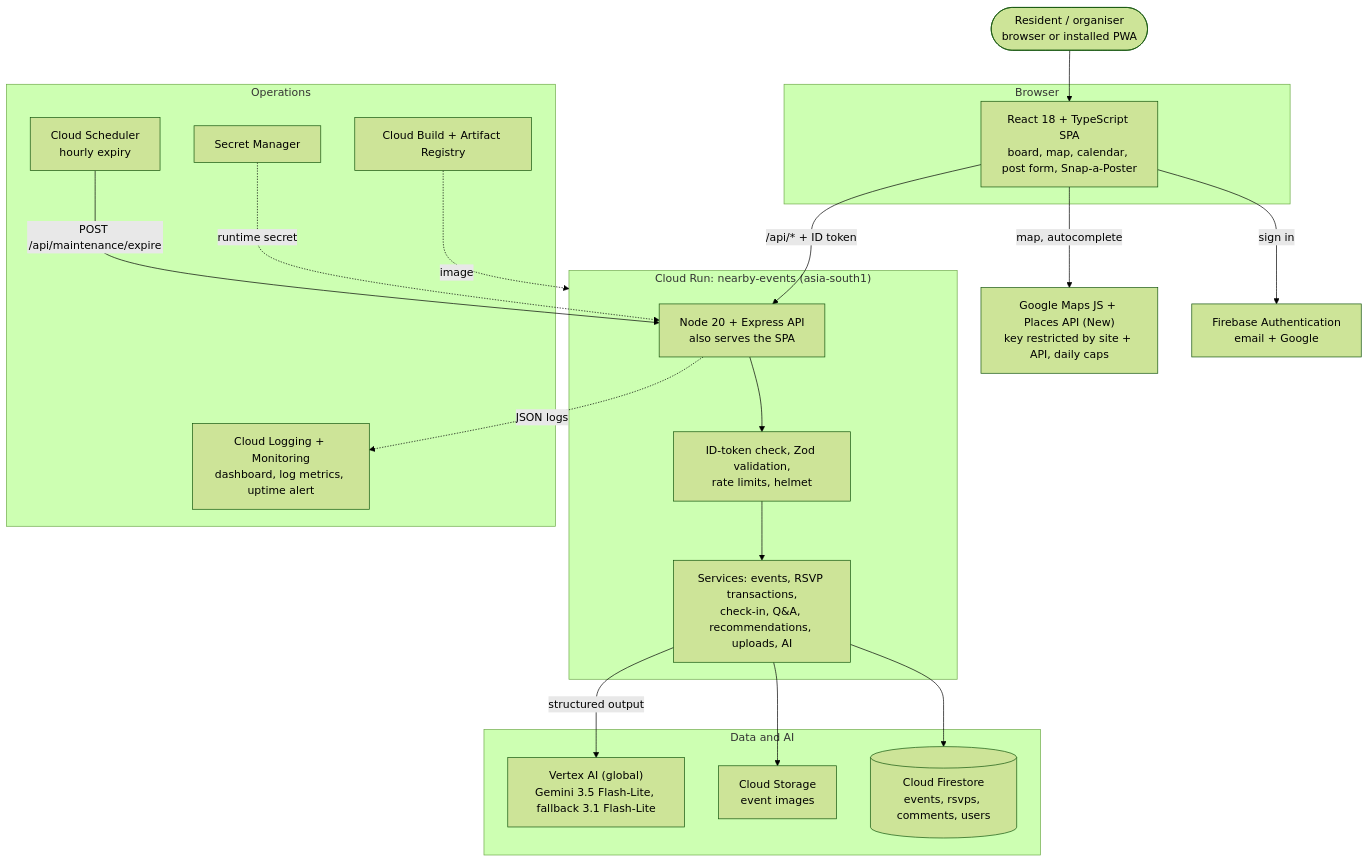
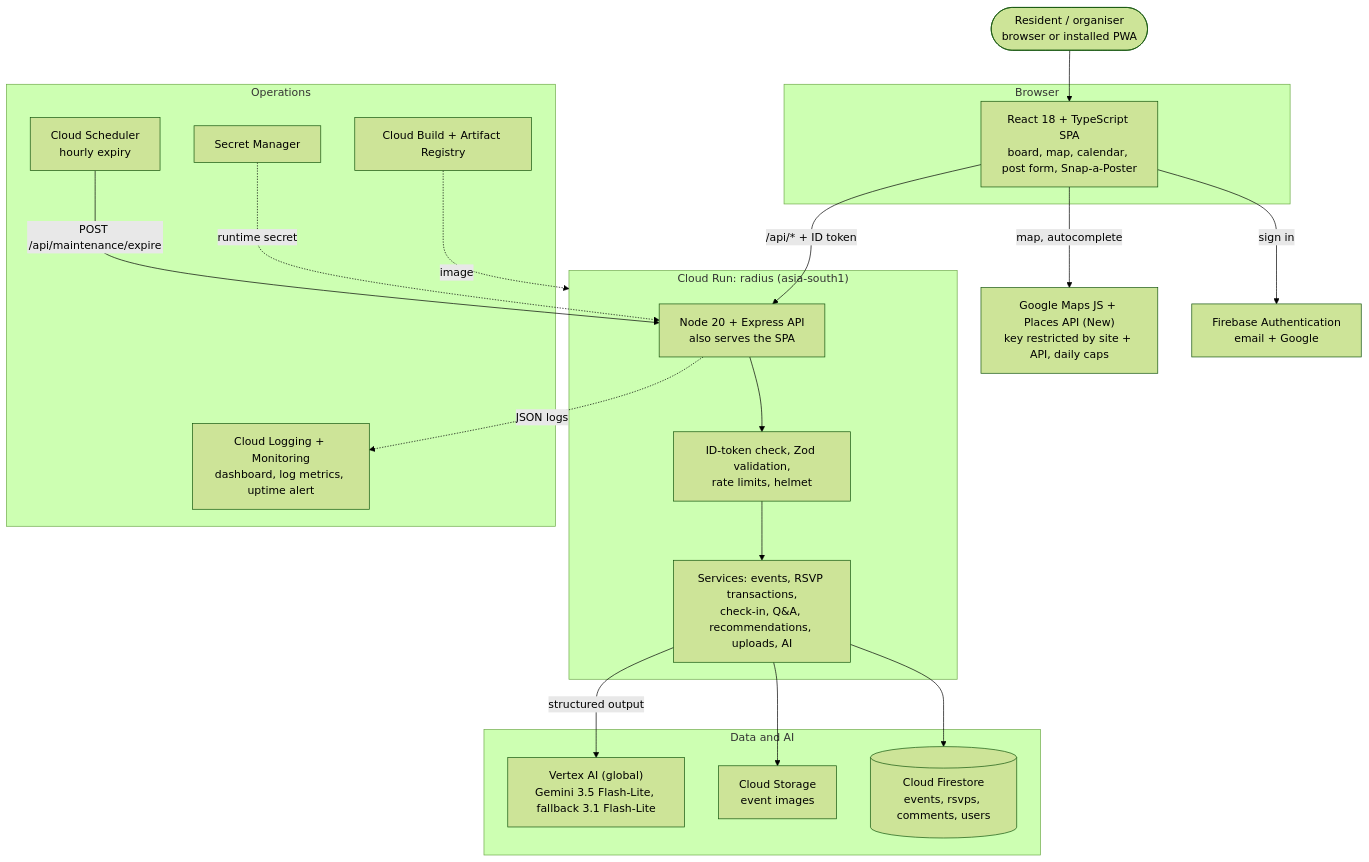
Before and after one commit to ADITHYARAMAN7/Radius: the diagram in docs/architecture-diagram.md, drawn with Mermaid (forest theme). The commit also changed other lines of this file and 96 other files, not shown here.

````diff
--- a/docs/architecture-diagram.md
+++ b/docs/architecture-diagram.md
@@ -48,42 +48,42 @@
 ```mermaid
 graph TD
     User(["Resident / organiser<br/>browser or installed PWA"])
     Auth["Firebase Authentication<br/>email + Google"]
     Maps["Google Maps JS + Places API (New)<br/>key restricted by site + API, daily caps"]
 
     subgraph Client ["Browser"]
         SPA["React 18 + TypeScript SPA<br/>board, map, calendar, post form, Snap-a-Poster"]
     end
 
-    subgraph Run ["Cloud Run: nearby-events (asia-south1)"]
+    subgraph Run ["Cloud Run: radius (asia-south1)"]
         API["Node 20 + Express API<br/>also serves the SPA"]
         MW["ID-token check, Zod validation,<br/>rate limits, helmet"]
         SVC["Services: events, RSVP transactions,<br/>check-in, Q&A, recommendations, uploads, AI"]
     end
 
     subgraph Data ["Data and AI"]
         FS[("Cloud Firestore<br/>events, rsvps, comments, users")]
         GCS["Cloud Storage<br/>event images"]
         AI["Vertex AI (global)<br/>Gemini 3.5 Flash-Lite, fallback 3.1 Flash-Lite"]
     end
 
     subgraph Ops ["Operations"]
         SCH["Cloud Scheduler<br/>hourly expiry"]
         SM["Secret Manager"]
         LOG["Cloud Logging + Monitoring<br/>dashboard, log metrics, uptime alert"]
         CB["Cloud Build + Artifact Registry"]
     end
 
     User --> SPA
     SPA -->|sign in| Auth
     SPA -->|map, autocomplete| Maps
     SPA -->|/api/* + ID token| API
     API --> MW --> SVC
     SVC --> FS
     SVC --> GCS
     SVC -->|structured output| AI
     SCH -->|POST /api/maintenance/expire| API
     SM -.->|runtime secret| API
     API -.->|JSON logs| LOG
     CB -.->|image| Run
 ```
````
